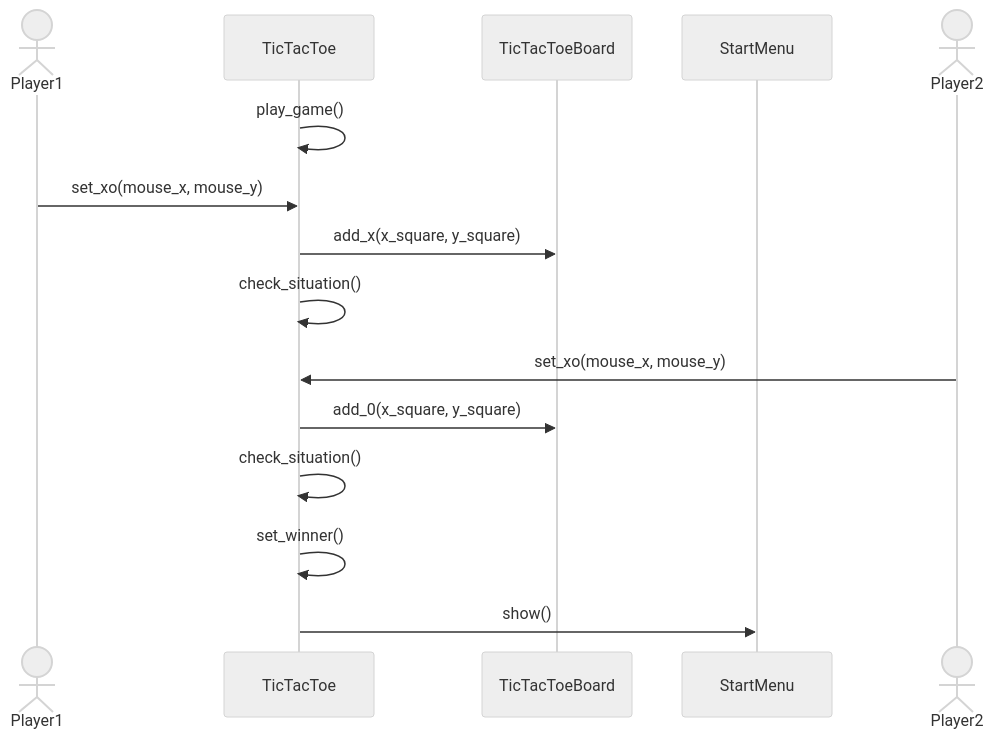
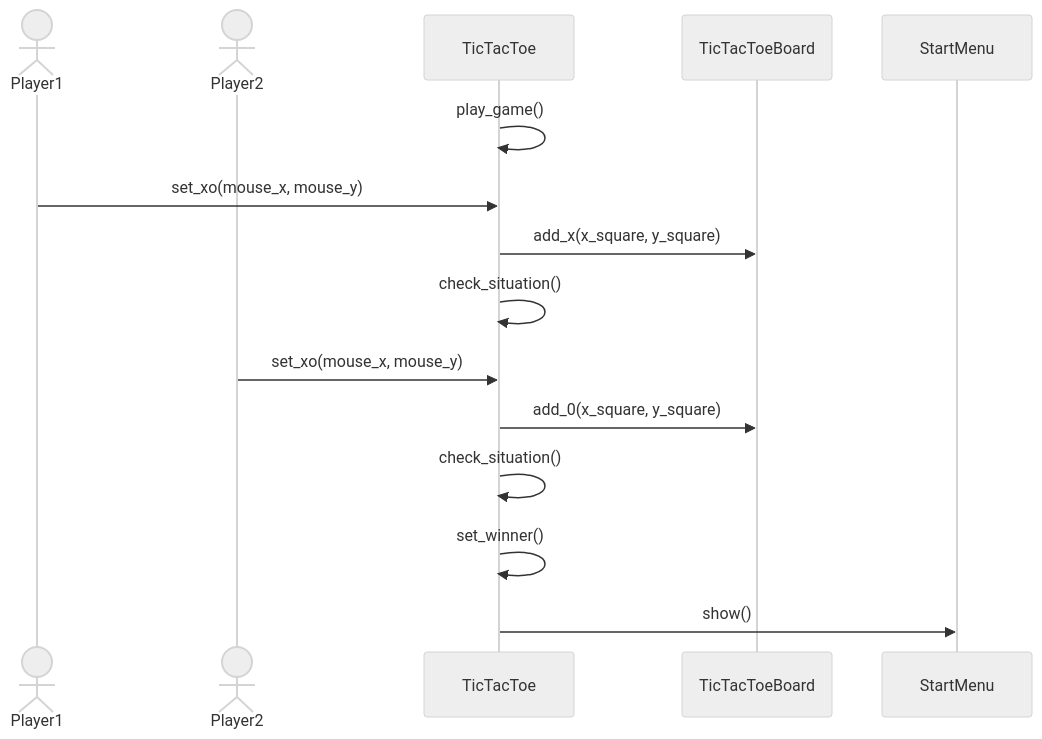
Before and after one commit to TatuSorjonen/ot-harjoitustyo: the third of 3 diagrams in maarittelydokumentti/arkkitehtuuri.md, drawn with Mermaid (neutral theme). The commit also changed other lines of this file, not shown here.

````diff
--- a/maarittelydokumentti/arkkitehtuuri.md
+++ b/maarittelydokumentti/arkkitehtuuri.md
@@ -112,17 +112,17 @@
 ```mermaid
 sequenceDiagram
   actor Player1
+  actor Player2
   participant TicTacToe
   participant TicTacToeBoard
   participant StartMenu
-  actor Player2
   TicTacToe->> TicTacToe: play_game()
   Player1->> TicTacToe: set_xo(mouse_x, mouse_y)
   TicTacToe->> TicTacToeBoard: add_x(x_square, y_square)
   TicTacToe->> TicTacToe: check_situation()
   Player2->> TicTacToe: set_xo(mouse_x, mouse_y)
   TicTacToe->> TicTacToeBoard: add_0(x_square, y_square)
   TicTacToe->> TicTacToe: check_situation()
   TicTacToe->> TicTacToe: set_winner()
   TicTacToe->> StartMenu: show()
 ```
````
